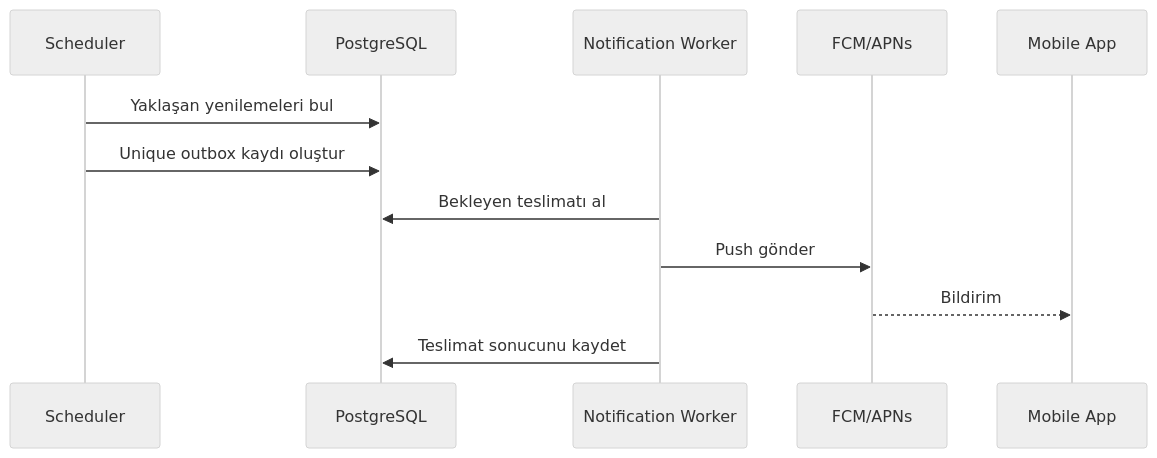
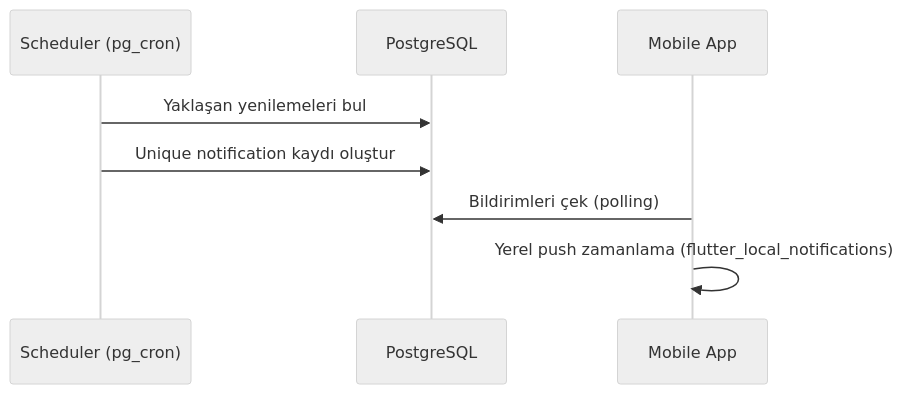
Before and after one commit to subscription-tracking/SubscriptTrack: the third of 3 diagrams in SubscriptTrack-Documentation/ARCHITECTURE.md, drawn with Mermaid (neutral theme). The commit also changed other lines of this file and 19 other files, not shown here.

````diff
--- a/SubscriptTrack-Documentation/ARCHITECTURE.md
+++ b/SubscriptTrack-Documentation/ARCHITECTURE.md
@@ -119,14 +117,10 @@
 ```mermaid
 sequenceDiagram
-    participant Job as Scheduler
+    participant Job as Scheduler (pg_cron)
     participant DB as PostgreSQL
-    participant Worker as Notification Worker
-    participant Push as FCM/APNs
     participant App as Mobile App
     Job->>DB: Yaklaşan yenilemeleri bul
-    Job->>DB: Unique outbox kaydı oluştur
-    Worker->>DB: Bekleyen teslimatı al
-    Worker->>Push: Push gönder
-    Push-->>App: Bildirim
-    Worker->>DB: Teslimat sonucunu kaydet
+    Job->>DB: Unique notification kaydı oluştur
+    App->>DB: Bildirimleri çek (polling)
+    App->>App: Yerel push zamanlama (flutter_local_notifications)
 ```
````
